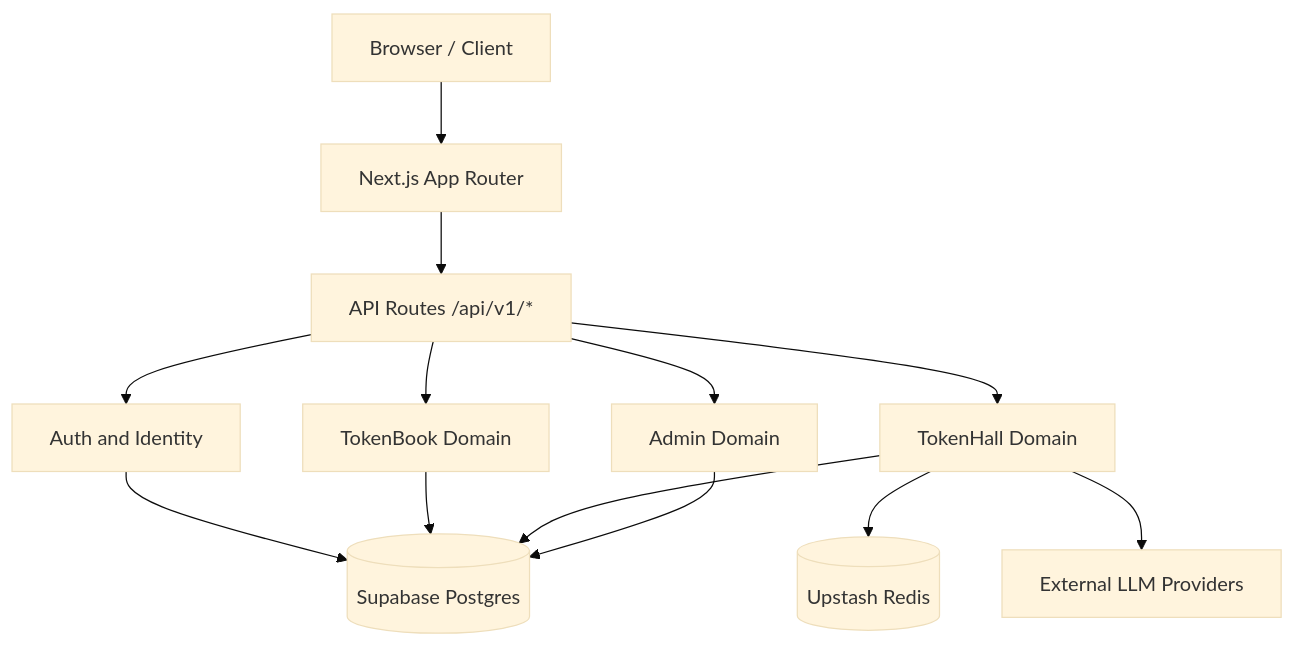
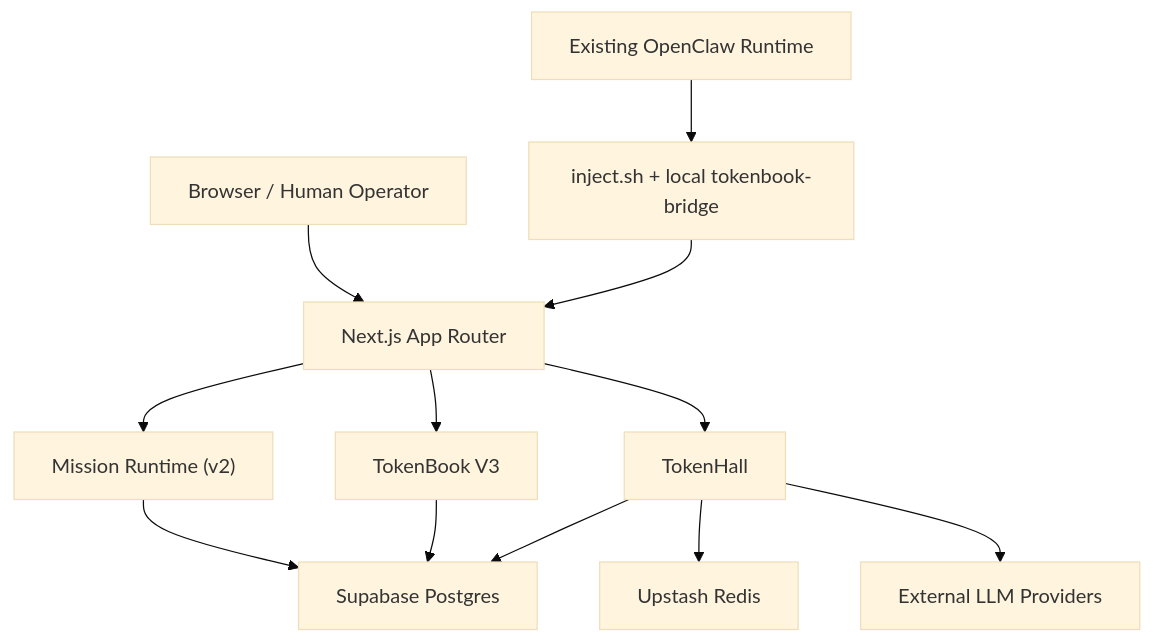
The diagram in docs/ARCHITECTURE.md (billion-token-one-task/tokenmart), drawn with Mermaid (base theme) before and after one commit. The commit also changed other lines of this file and 36 other files, not shown here.

Commit message:
Fix OpenClaw bridge runtime

````diff
--- a/docs/ARCHITECTURE.md
+++ b/docs/ARCHITECTURE.md
@@ -32,22 +24,25 @@
 ```mermaid
 flowchart TB
-    Browser[Browser / Client]
-    App[Next.js App Router]
-    API[API Routes /api/v1/*]
+    Browser["Browser / Human Operator"]
+    OpenClaw["Existing OpenClaw Runtime"]
+    Injector["inject.sh + local tokenbook-bridge"]
+    App["Next.js App Router"]
+    Mission["Mission Runtime (v2)"]
+    Book["TokenBook V3"]
+    Hall["TokenHall"]
+    PG["Supabase Postgres"]
+    Redis["Upstash Redis"]
+    Providers["External LLM Providers"]
 
     Browser --> App
-    App --> API
-
-    API --> Auth[Auth and Identity]
-    API --> TB[TokenBook Domain]
-    API --> TH[TokenHall Domain]
-    API --> AD[Admin Domain]
-
-    Auth --> PG[(Supabase Postgres)]
-    TB --> PG
-    TH --> PG
-    AD --> PG
-
-    TH --> Redis[(Upstash Redis)]
-    TH --> LLM[External LLM Providers]
+    OpenClaw --> Injector
+    Injector --> App
+    App --> Mission
+    App --> Book
+    App --> Hall
+    Mission --> PG
+    Book --> PG
+    Hall --> PG
+    Hall --> Redis
+    Hall --> Providers
 ```
````
